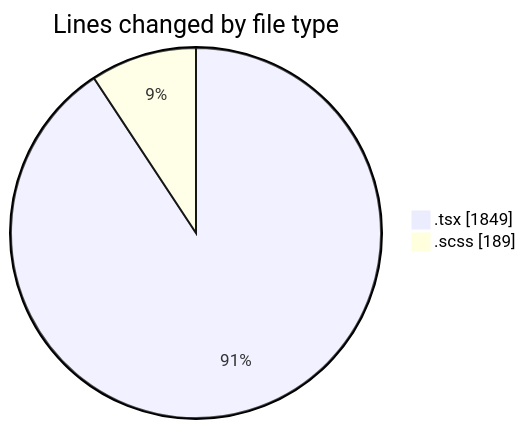
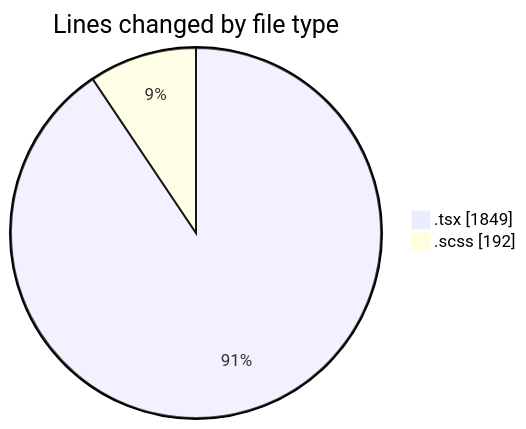
One commit to momahboobian/code-tracking changed the first of 2 diagrams in 2025-04-07/cda/README.md. Above: the diagram before and after it, drawn with Mermaid. The commit also changed other lines of this file and 1 other file, not shown here.

````diff
--- a/2025-04-07/cda/README.md
+++ b/2025-04-07/cda/README.md
@@ -26,6 +26,6 @@
 ```mermaid
 pie showData
 title Lines changed by file type
 ".tsx" : 1849
-".scss" : 189
+".scss" : 192
 ```
````
